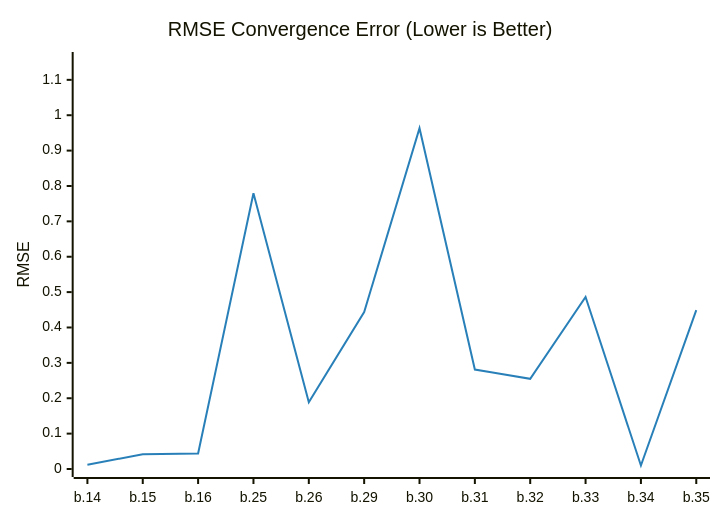
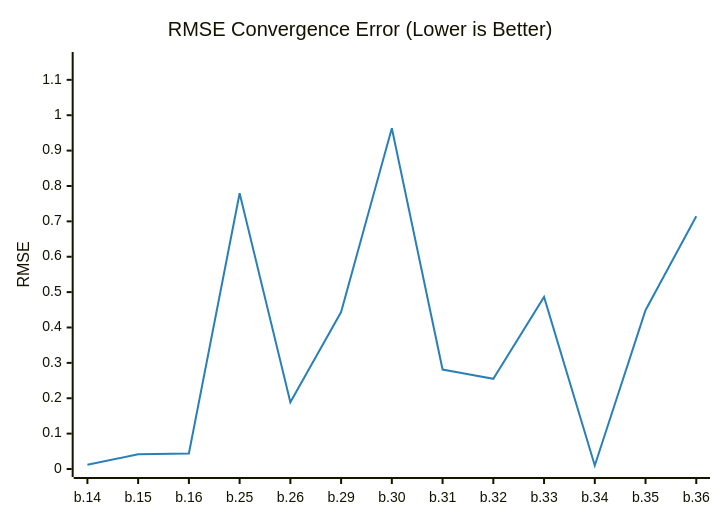
The diagram in README.md (timo-eberl/tracy), drawn with Mermaid before and after one commit. The commit also changed other lines of this file and 2 other files, not shown here.

````diff
--- a/README.md
+++ b/README.md
@@ -13,14 +13,14 @@
 ```mermaid
 ---
 config:
     theme: base
     themeVariables:
         xyChart:
             plotColorPalette: "#2980b9"
 ---
 xychart-beta
     title "RMSE Convergence Error (Lower is Better)"
-    x-axis ["b.14", "b.15", "b.16", "b.25", "b.26", "b.29", "b.30", "b.31", "b.32", "b.33", "b.34", "b.35"]
+    x-axis ["b.14", "b.15", "b.16", "b.25", "b.26", "b.29", "b.30", "b.31", "b.32", "b.33", "b.34", "b.35", "b.36"]
     y-axis "RMSE" 0 --> 1.1561
-    line [0.012064, 0.041607, 0.043946, 0.7793, 0.1888, 0.4436, 0.9634, 0.2812, 0.2549, 0.4864, 0.0098, 0.4489]
+    line [0.012064, 0.041607, 0.043946, 0.7793, 0.1888, 0.4436, 0.9634, 0.2812, 0.2549, 0.4864, 0.0098, 0.4489, 0.7142]
 ```
````
